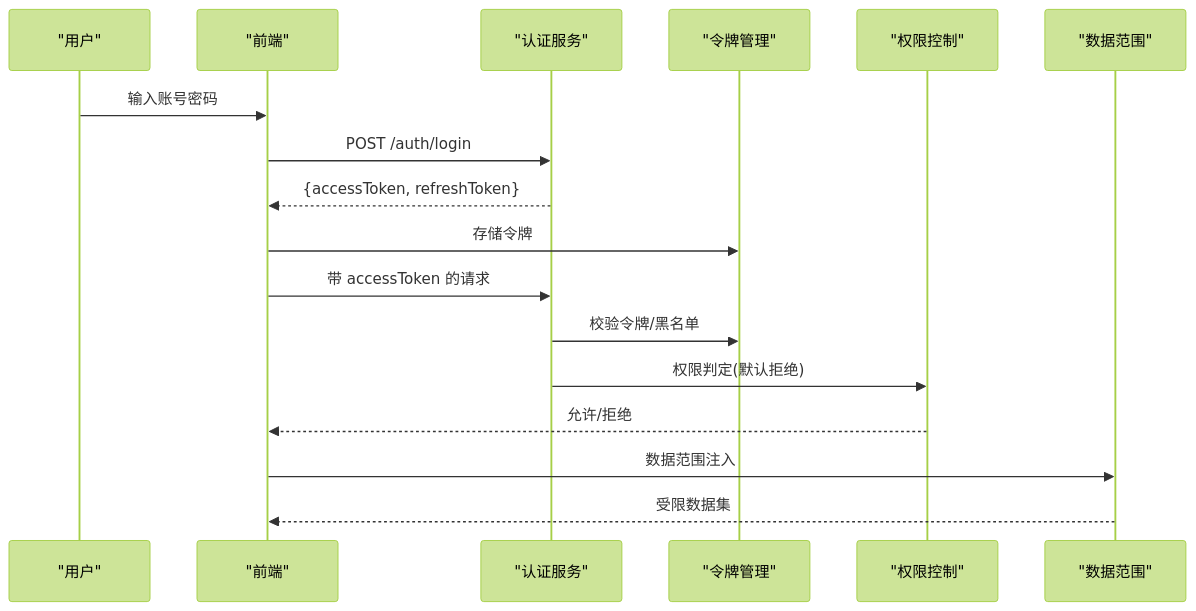
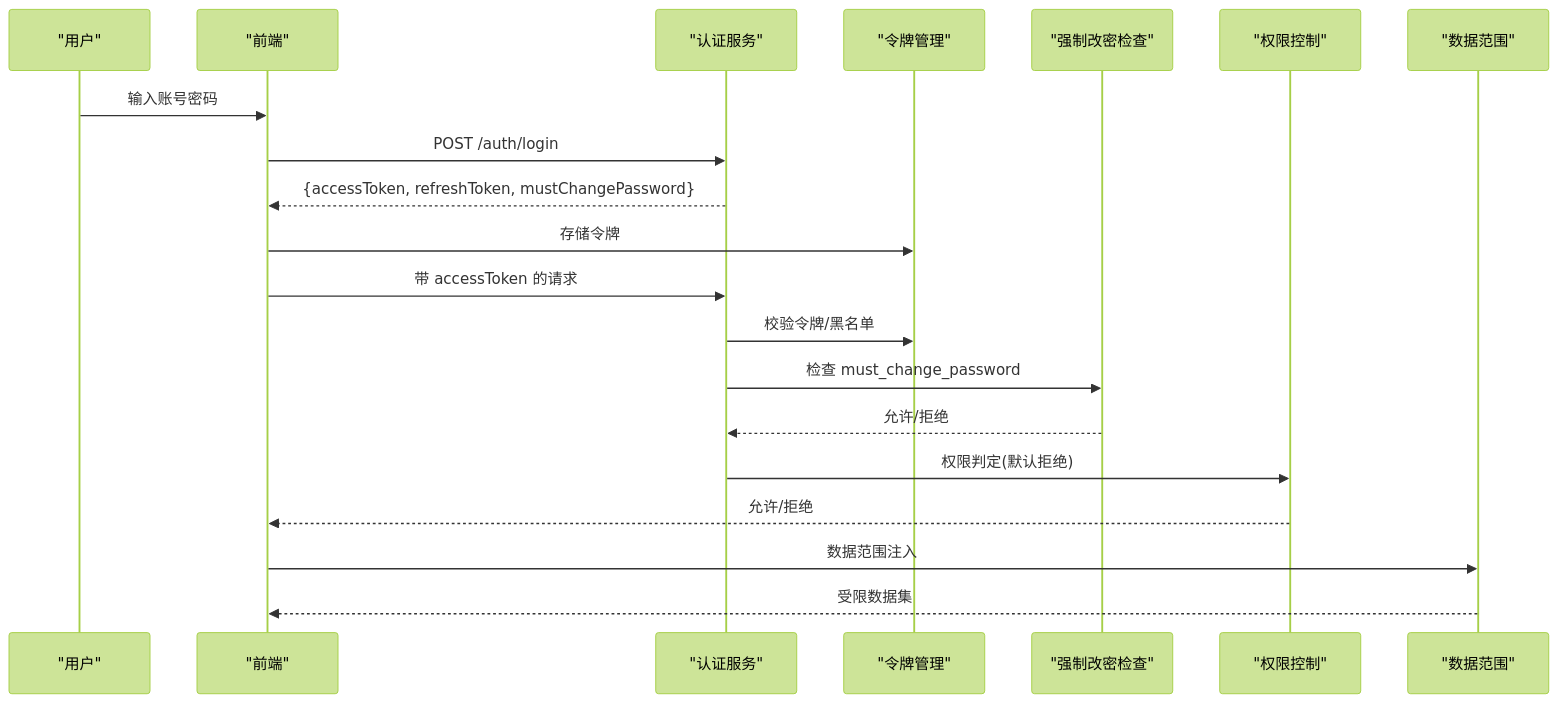
Before and after one commit to Damao997/newproject: the eighth of 11 diagrams in .qoder/repowiki/zh/content/构建与部署/本地开发环境启动指南.md, drawn with Mermaid (forest theme). The commit also changed other lines of this file and 24 other files, not shown here.

````diff
--- a/.qoder/repowiki/zh/content/构建与部署/本地开发环境启动指南.md
+++ b/.qoder/repowiki/zh/content/构建与部署/本地开发环境启动指南.md
@@ -204,19 +289,22 @@
 ```mermaid
 sequenceDiagram
 participant User as "用户"
 participant Frontend as "前端"
 participant Auth as "认证服务"
 participant Token as "令牌管理"
+participant ForceChange as "强制改密检查"
 participant Perm as "权限控制"
 participant Scope as "数据范围"
 User->>Frontend : 输入账号密码
 Frontend->>Auth : POST /auth/login
-Auth-->>Frontend : {accessToken, refreshToken}
+Auth-->>Frontend : {accessToken, refreshToken, mustChangePassword}
 Frontend->>Token : 存储令牌
 Frontend->>Auth : 带 accessToken 的请求
 Auth->>Token : 校验令牌/黑名单
+Auth->>ForceChange : 检查 must_change_password
+ForceChange-->>Auth : 允许/拒绝
 Auth->>Perm : 权限判定(默认拒绝)
 Perm-->>Frontend : 允许/拒绝
 Frontend->>Scope : 数据范围注入
 Scope-->>Frontend : 受限数据集
 ```
````
